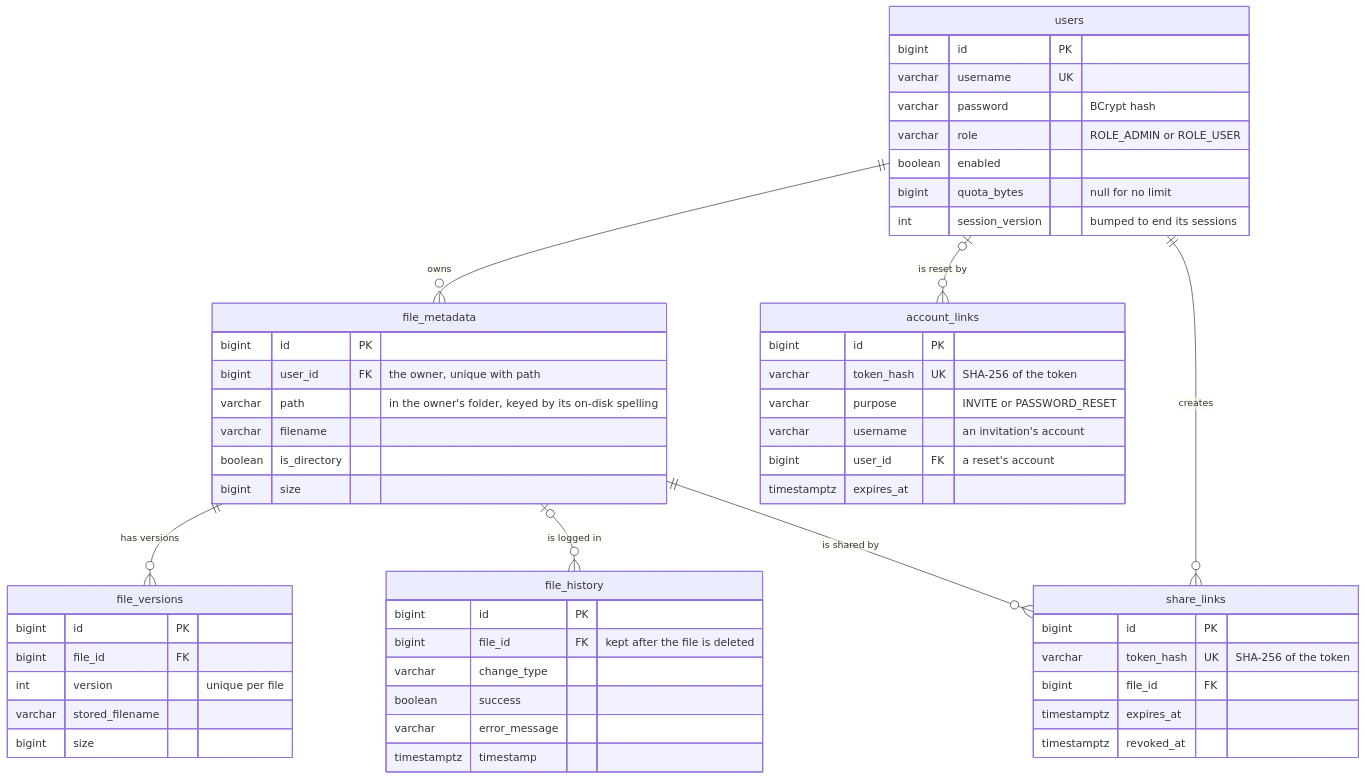
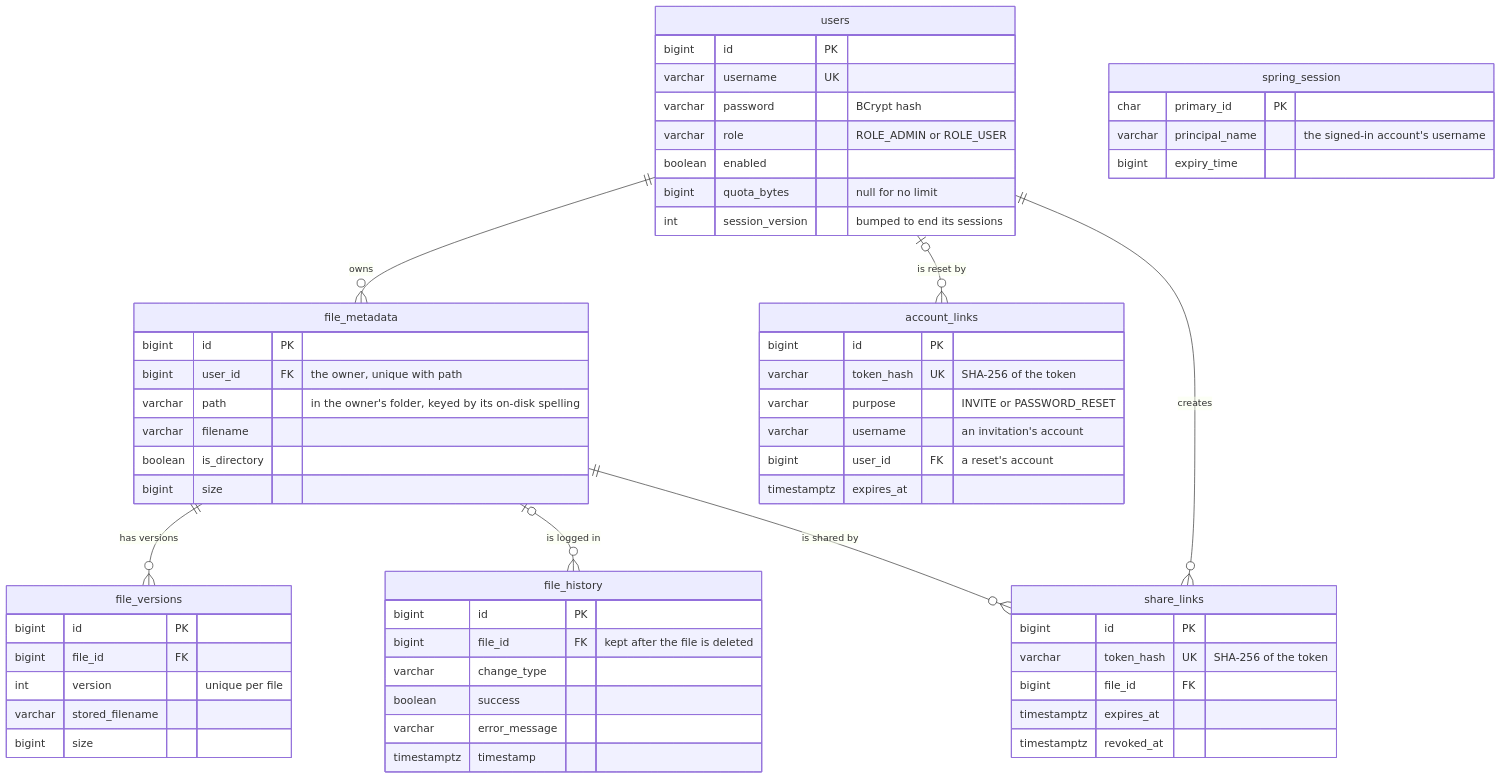
The second of 6 diagrams in README.md (mevcaus/JavaDropbox), drawn with Mermaid before and after one commit. The commit also changed other lines of this file and 14 other files, not shown here.

First line of the commit message:
keep sessions in postgresql with spring session jdbc

````diff
--- a/README.md
+++ b/README.md
@@ -94,57 +94,62 @@
 ```mermaid
 erDiagram
     users ||--o{ file_metadata : owns
     file_metadata ||--o{ file_versions : "has versions"
     file_metadata |o--o{ file_history : "is logged in"
     file_metadata ||--o{ share_links : "is shared by"
     users ||--o{ share_links : creates
     users |o--o{ account_links : "is reset by"
 
     users {
         bigint id PK
         varchar username UK
         varchar password "BCrypt hash"
         varchar role "ROLE_ADMIN or ROLE_USER"
         boolean enabled
         bigint quota_bytes "null for no limit"
         int session_version "bumped to end its sessions"
     }
     file_metadata {
         bigint id PK
         bigint user_id FK "the owner, unique with path"
         varchar path "in the owner's folder, keyed by its on-disk spelling"
         varchar filename
         boolean is_directory
         bigint size
     }
     file_versions {
         bigint id PK
         bigint file_id FK
         int version "unique per file"
         varchar stored_filename
         bigint size
     }
     file_history {
         bigint id PK
         bigint file_id FK "kept after the file is deleted"
         varchar change_type
         boolean success
         varchar error_message
         timestamptz timestamp
     }
     share_links {
         bigint id PK
         varchar token_hash UK "SHA-256 of the token"
         bigint file_id FK
         timestamptz expires_at
         timestamptz revoked_at
     }
     account_links {
         bigint id PK
         varchar token_hash UK "SHA-256 of the token"
         varchar purpose "INVITE or PASSWORD_RESET"
         varchar username "an invitation's account"
         bigint user_id FK "a reset's account"
         timestamptz expires_at
     }
+    spring_session {
+        char primary_id PK
+        varchar principal_name "the signed-in account's username"
+        bigint expiry_time
+    }
 ```
````
